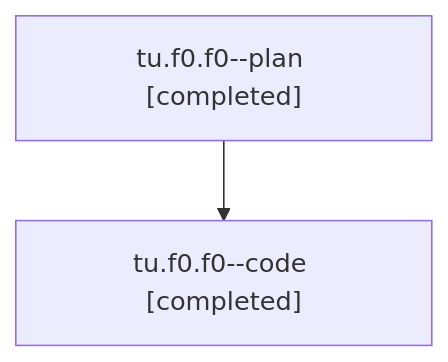
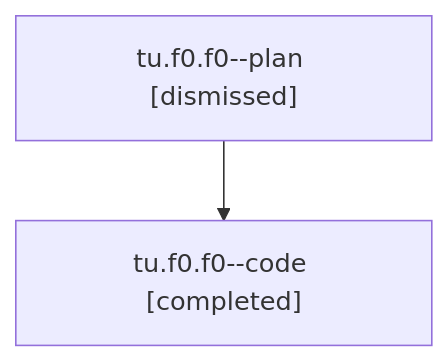
Before and after one commit to bobs-org/bob-cli--agents: the diagram in families/bbugyi200.athena.tu.f0.f0.md, drawn with Mermaid. The commit also changed other lines of this file and 133 other files, not shown here.

````diff
--- a/families/bbugyi200.athena.tu.f0.f0.md
+++ b/families/bbugyi200.athena.tu.f0.f0.md
@@ -9,6 +9,6 @@
 ```mermaid
 flowchart TD
-  n0["tu.f0.f0--plan [completed]"]
+  n0["tu.f0.f0--plan [dismissed]"]
   n1["tu.f0.f0--code [completed]"]
   n0 --> n1
 ```
````
